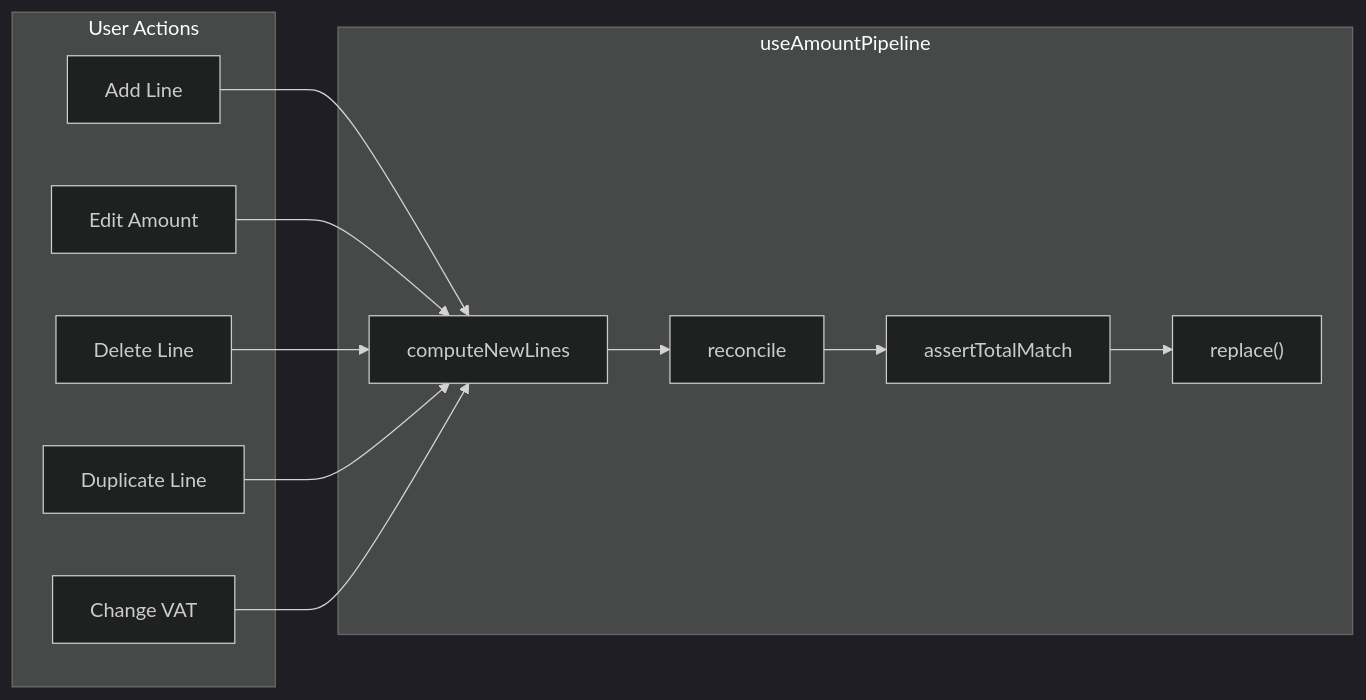
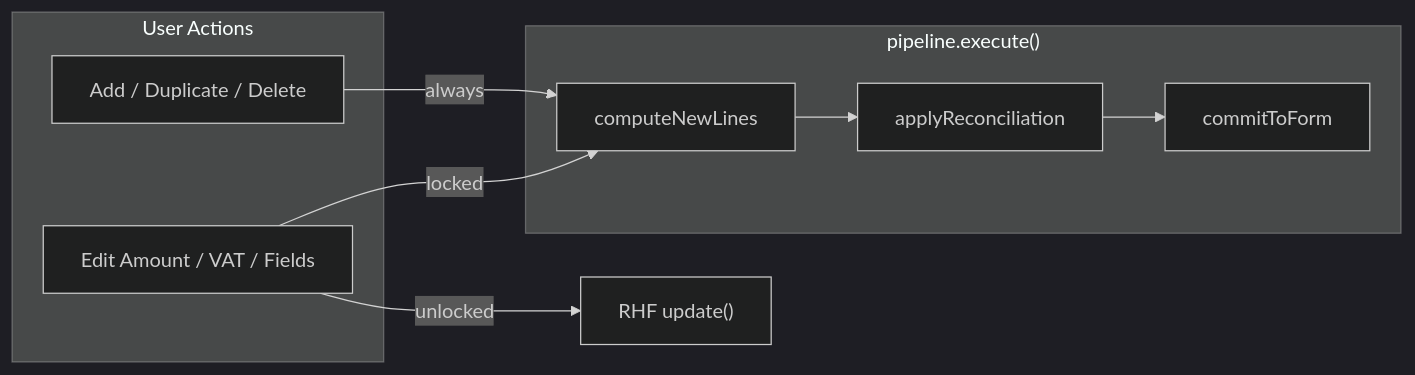
One commit to duy-ndhk51/research changed the diagram in 12-sndq/frontend/features/lock-total-amount-execution.md. Above: the diagram before and after it, drawn with Mermaid (dark theme). The commit also changed other lines of this file and 1 other file, not shown here.

Commit message:
docs: enhance Lock Total Amount feature documentation with updated reconciliation rules, architecture overview, and detailed action flow to improve clarity for implementation and user guidance

````diff
--- a/12-sndq/frontend/features/lock-total-amount-execution.md
+++ b/12-sndq/frontend/features/lock-total-amount-execution.md
@@ -51,27 +51,22 @@
 ```mermaid
 flowchart LR
   subgraph userActions [User Actions]
-    Add[Add Line]
-    Edit[Edit Amount]
-    Delete[Delete Line]
-    Duplicate[Duplicate Line]
-    VatChange[Change VAT]
+    Bulk["Add / Duplicate / Delete"]
+    SingleEdit["Edit Amount / VAT / Fields"]
   end
 
-  subgraph pipeline [useAmountPipeline]
+  subgraph pipeline ["pipeline.execute()"]
     Compute[computeNewLines]
-    Reconcile[reconcile]
-    Validate[assertTotalMatch]
-    Replace["replace()"]
+    Reconcile[applyReconciliation]
+    Commit[commitToForm]
   end
 
-  Add --> Compute
-  Edit --> Compute
-  Delete --> Compute
-  Duplicate --> Compute
-  VatChange --> Compute
+  DirectUpdate["RHF update()"]
+
+  Bulk -->|"always"| Compute
+  SingleEdit -->|"locked"| Compute
+  SingleEdit -->|"unlocked"| DirectUpdate
 
   Compute --> Reconcile
-  Reconcile --> Validate
-  Validate --> Replace
+  Reconcile --> Commit
 ```
````
